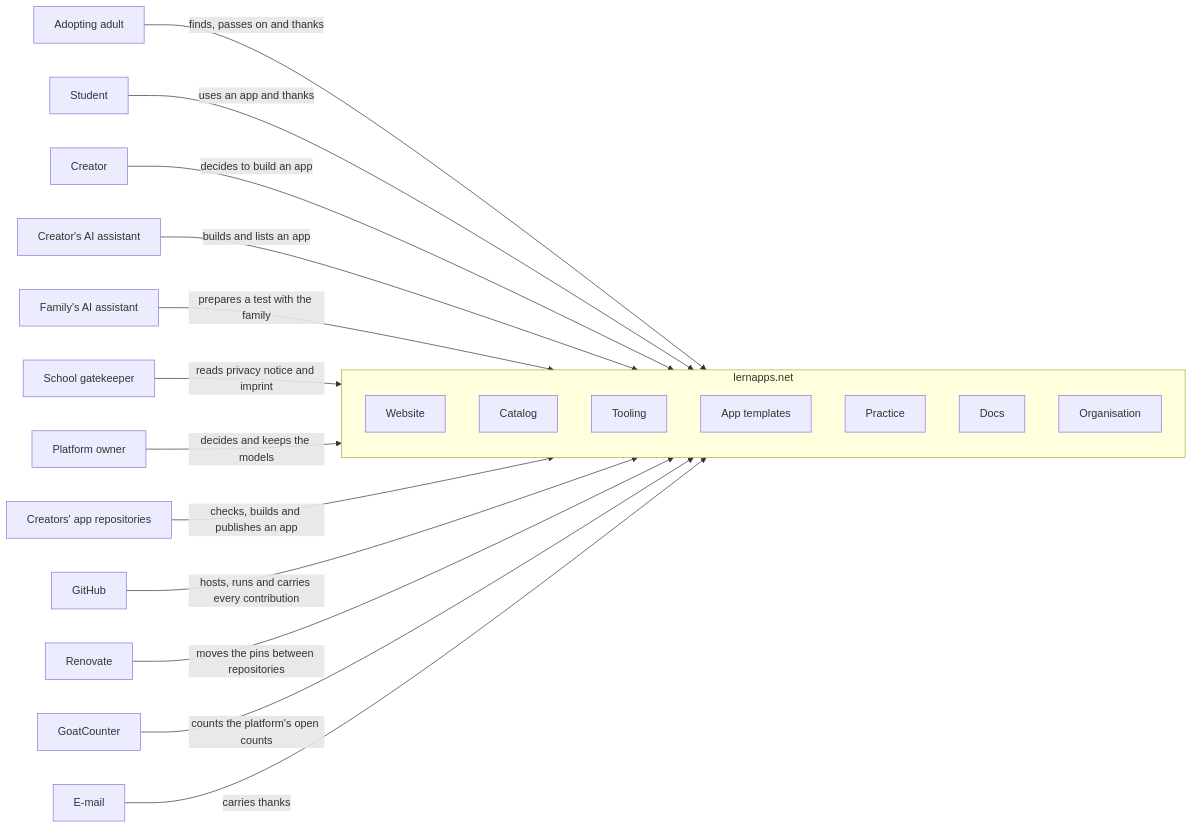
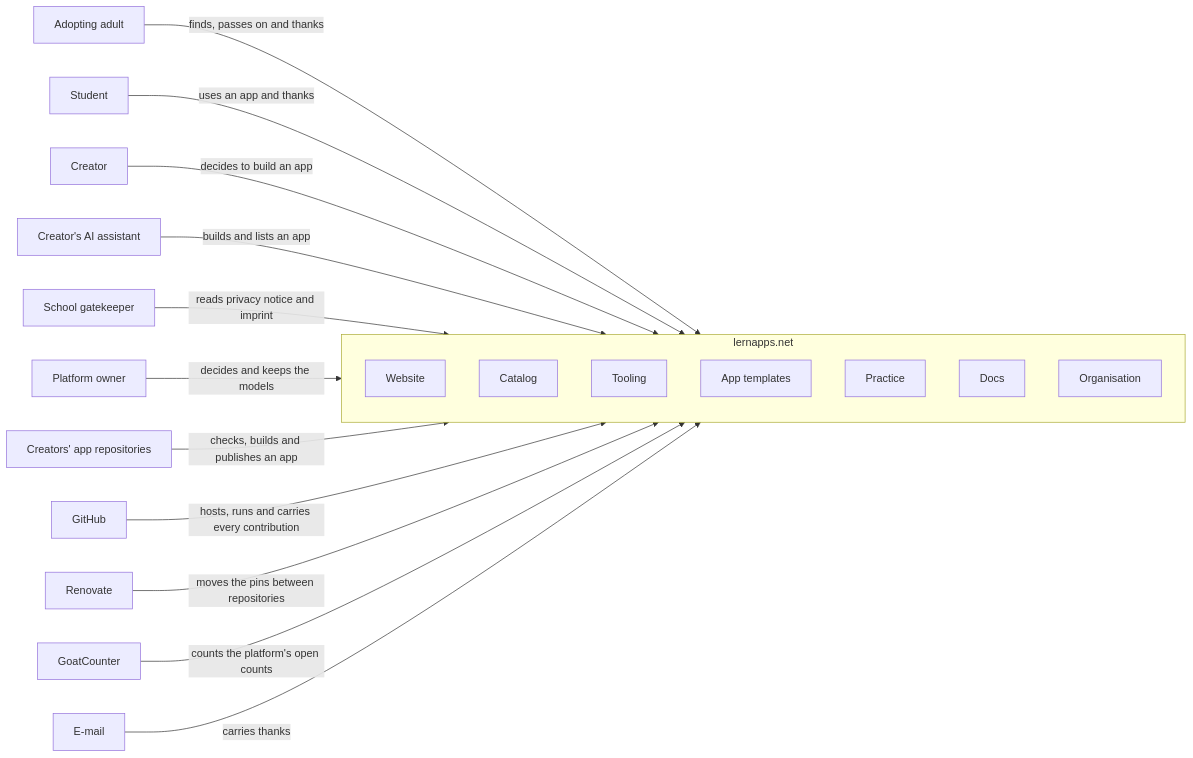
Before and after one commit to lernapps/docs: the diagram in docs/arc42/03-system-context.arc42.md, drawn with Mermaid. The commit also changed other lines of this file and 8 other files, not shown here.

````diff
--- a/docs/arc42/03-system-context.arc42.md
+++ b/docs/arc42/03-system-context.arc42.md
@@ -18,36 +18,34 @@
 ```mermaid
 flowchart LR
     actor-adopting-adult["Adopting adult"]
     actor-student["Student"]
     actor-creator["Creator"]
     actor-ai-assistant["Creator's AI assistant"]
-    actor-family-assistant["Family's AI assistant"]
     actor-gatekeeper["School gatekeeper"]
     actor-platform-owner["Platform owner"]
     actor-app-repo-actions["Creators' app repositories"]
     actor-github["GitHub"]
     actor-renovate["Renovate"]
     actor-goatcounter["GoatCounter"]
     actor-email["E-mail"]
     subgraph system["lernapps.net"]
         bb-website["Website"]
         bb-catalog["Catalog"]
         bb-tooling["Tooling"]
         bb-app-templates["App templates"]
         bb-practice["Practice"]
         bb-docs["Docs"]
         bb-org["Organisation"]
     end
     actor-adopting-adult -->|"finds, passes on and thanks"| system
     actor-student -->|"uses an app and thanks"| system
     actor-creator -->|"decides to build an app"| system
     actor-ai-assistant -->|"builds and lists an app"| system
-    actor-family-assistant -->|"prepares a test with the family"| system
     actor-gatekeeper -->|"reads privacy notice and imprint"| system
     actor-platform-owner -->|"decides and keeps the models"| system
     actor-app-repo-actions -->|"checks, builds and publishes an app"| system
     actor-github -->|"hosts, runs and carries every contribution"| system
     actor-renovate -->|"moves the pins between repositories"| system
     actor-goatcounter -->|"counts the platform's open counts"| system
     actor-email -->|"carries thanks"| system
 ```
````
